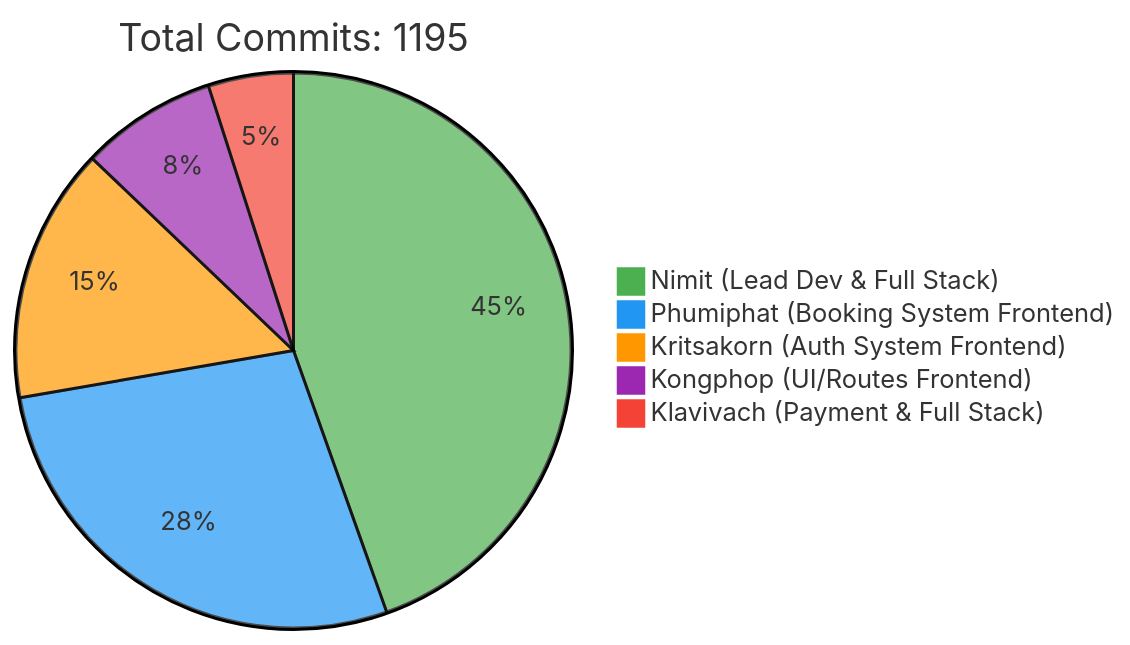
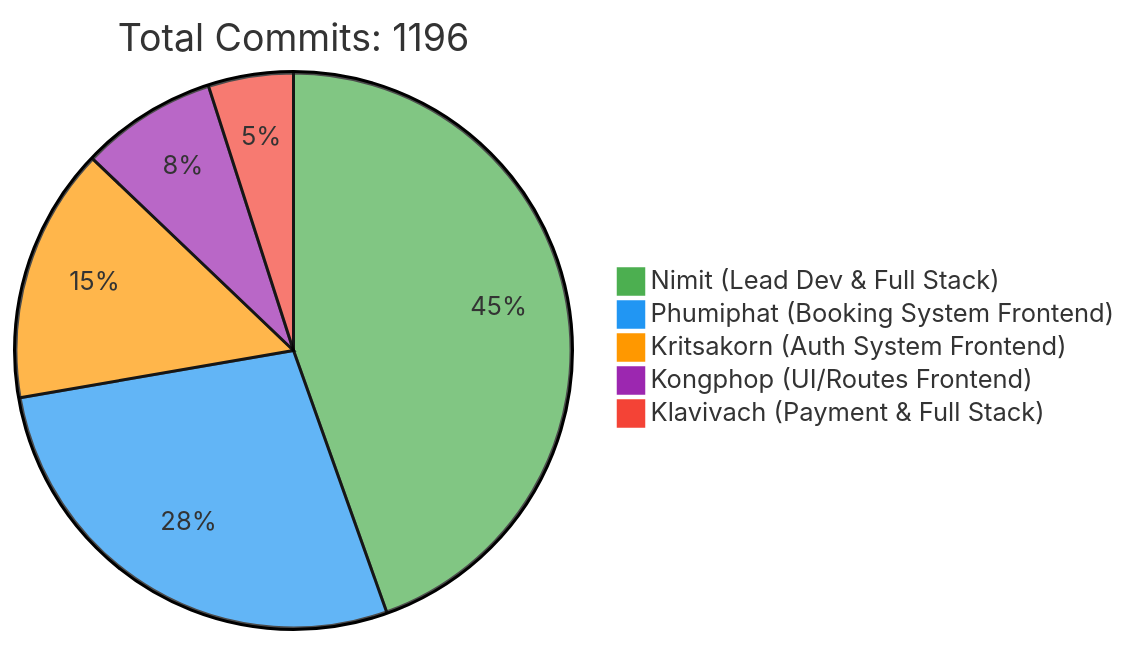
The first of 2 diagrams in README.md (6531503042/Sport-Complex), drawn with Mermaid before and after one commit. The commit also changed other lines of this file, not shown here.

Commit message:
docs: Update contributor statistics [skip ci]

````diff
--- a/README.md
+++ b/README.md
@@ -257,10 +257,10 @@
 ```mermaid
 %%{init: {'theme': 'base', 'themeVariables': { 'pie1': '#4CAF50', 'pie2': '#2196F3', 'pie3': '#FF9800', 'pie4': '#9C27B0', 'pie5': '#F44336'}}}%%
 pie
-    title Total Commits: 1195
+    title Total Commits: 1196
     "Nimit (Lead Dev & Full Stack)" : 450
     "Phumiphat (Booking System Frontend)" : 280
     "Kritsakorn (Auth System Frontend)" : 150
     "Kongphop (UI/Routes Frontend)" : 80
     "Klavivach (Payment & Full Stack)" : 50
 ```
````
